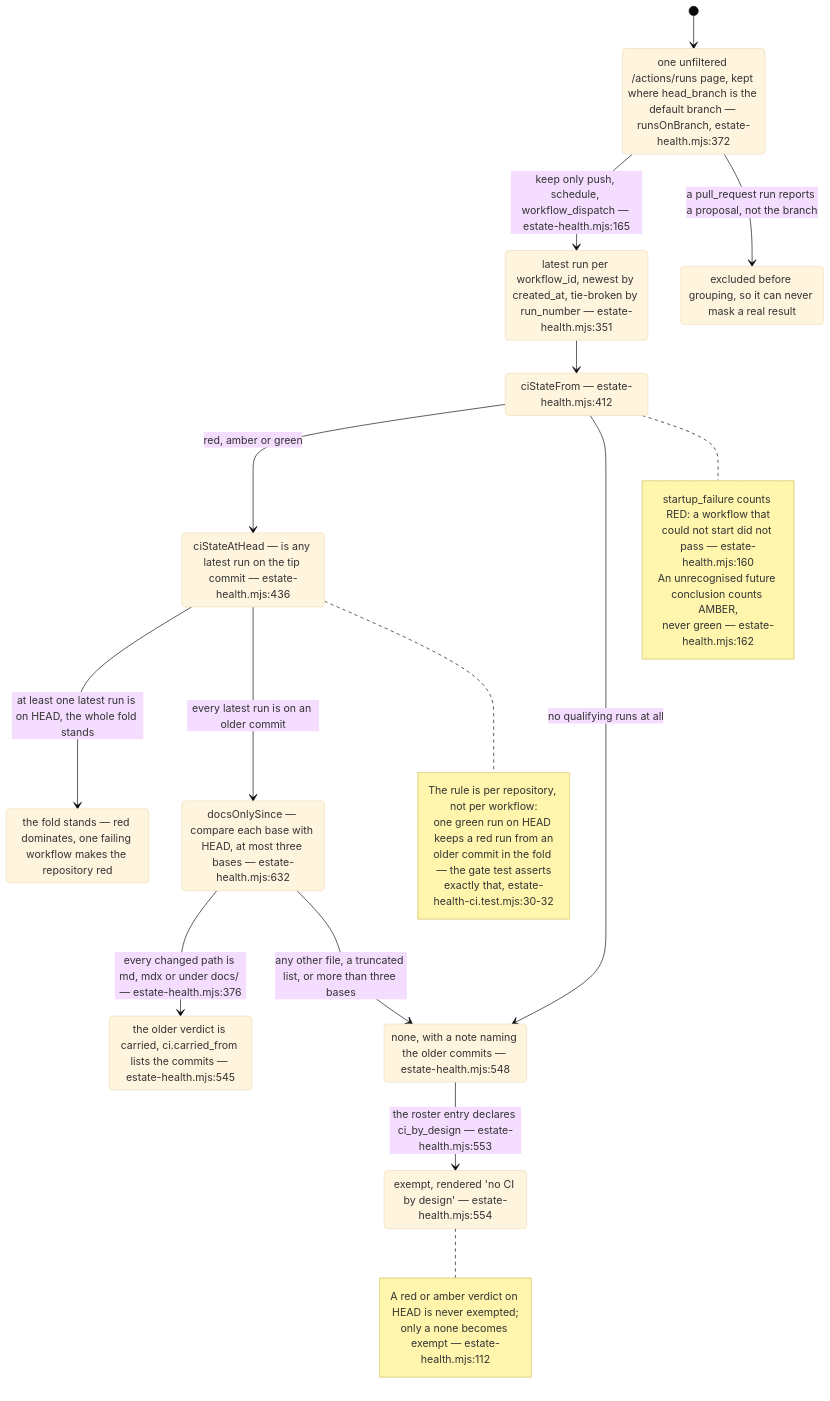
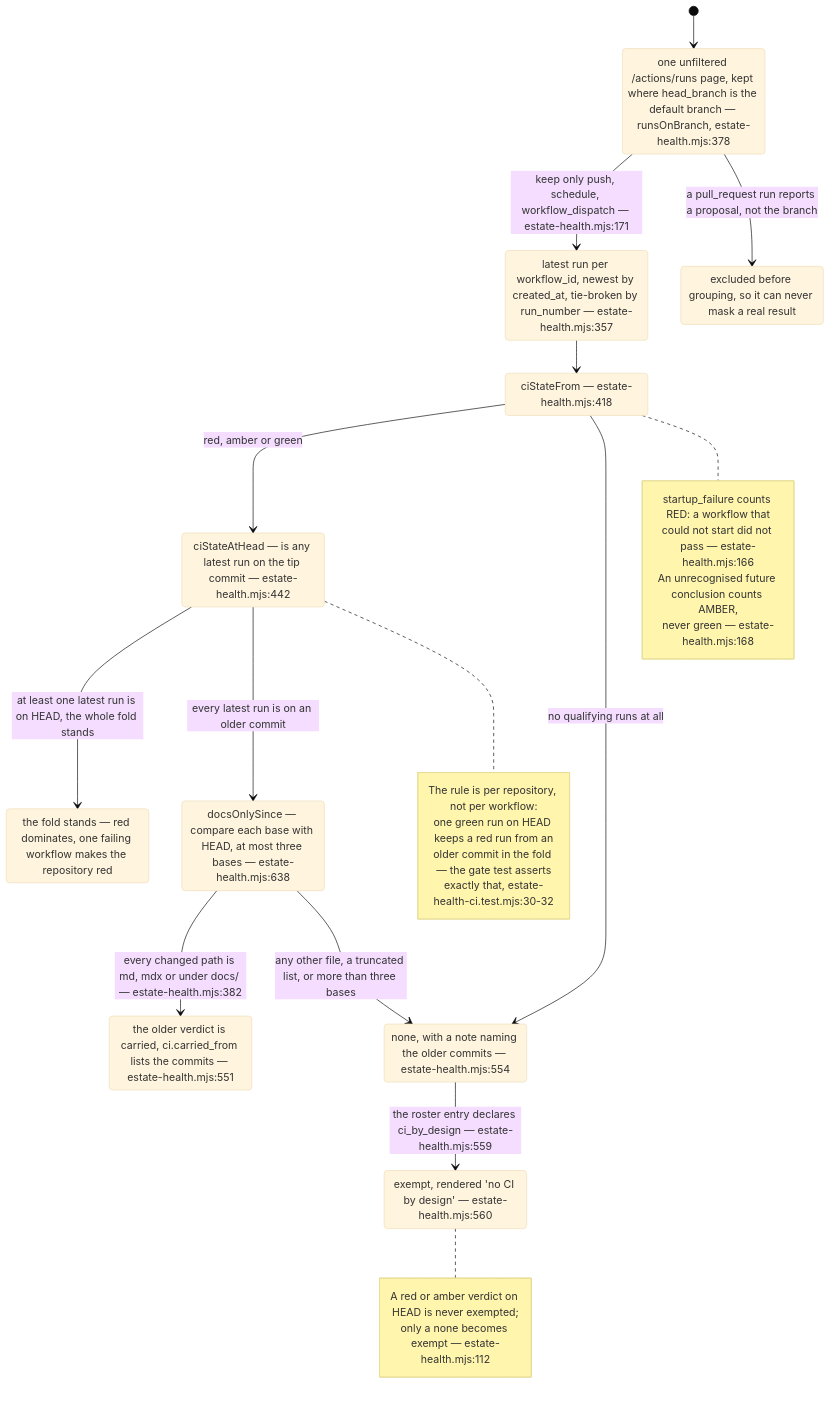
The fourth of 9 diagrams in docs/diagrams/visionflow/03-estate-health.md (DreamLab-AI/VisionFlow), drawn with Mermaid (base theme) before and after one commit. The commit also changed other lines of this file and 160 other files, not shown here.

````diff
--- a/docs/diagrams/visionflow/03-estate-health.md
+++ b/docs/diagrams/visionflow/03-estate-health.md
@@ -122,41 +123,41 @@
 ```mermaid
 stateDiagram-v2
     direction TB
     [*] --> Filter
-    state "one unfiltered /actions/runs page, kept where head_branch is the default branch — runsOnBranch, estate-health.mjs:372" as Filter
-    Filter --> Group : keep only push, schedule, workflow_dispatch — estate-health.mjs:165
+    state "one unfiltered /actions/runs page, kept where head_branch is the default branch — runsOnBranch, estate-health.mjs:378" as Filter
+    Filter --> Group : keep only push, schedule, workflow_dispatch — estate-health.mjs:171
     Filter --> Dropped : a pull_request run reports a proposal, not the branch
-    state "latest run per workflow_id, newest by created_at, tie-broken by run_number — estate-health.mjs:351" as Group
+    state "latest run per workflow_id, newest by created_at, tie-broken by run_number — estate-health.mjs:357" as Group
     Group --> Fold
-    state "ciStateFrom — estate-health.mjs:412" as Fold
+    state "ciStateFrom — estate-health.mjs:418" as Fold
     Fold --> AtHead : red, amber or green
     Fold --> NoneState : no qualifying runs at all
-    state "ciStateAtHead — is any latest run on the tip commit — estate-health.mjs:436" as AtHead
+    state "ciStateAtHead — is any latest run on the tip commit — estate-health.mjs:442" as AtHead
     AtHead --> Kept : at least one latest run is on HEAD, the whole fold stands
     AtHead --> Older : every latest run is on an older commit
-    state "docsOnlySince — compare each base with HEAD, at most three bases — estate-health.mjs:632" as Older
-    Older --> Carried : every changed path is md, mdx or under docs/ — estate-health.mjs:376
+    state "docsOnlySince — compare each base with HEAD, at most three bases — estate-health.mjs:638" as Older
+    Older --> Carried : every changed path is md, mdx or under docs/ — estate-health.mjs:382
     Older --> NoneState : any other file, a truncated list, or more than three bases
     state "the fold stands — red dominates, one failing workflow makes the repository red" as Kept
-    state "the older verdict is carried, ci.carried_from lists the commits — estate-health.mjs:545" as Carried
-    state "none, with a note naming the older commits — estate-health.mjs:548" as NoneState
-    NoneState --> Exempt : the roster entry declares ci_by_design — estate-health.mjs:553
-    state "exempt, rendered 'no CI by design' — estate-health.mjs:554" as Exempt
+    state "the older verdict is carried, ci.carried_from lists the commits — estate-health.mjs:551" as Carried
+    state "none, with a note naming the older commits — estate-health.mjs:554" as NoneState
+    NoneState --> Exempt : the roster entry declares ci_by_design — estate-health.mjs:559
+    state "exempt, rendered 'no CI by design' — estate-health.mjs:560" as Exempt
     state "excluded before grouping, so it can never mask a real result" as Dropped
     note right of Fold
       startup_failure counts RED: a workflow that
-      could not start did not pass — estate-health.mjs:160
+      could not start did not pass — estate-health.mjs:166
       An unrecognised future conclusion counts AMBER,
-      never green — estate-health.mjs:162
+      never green — estate-health.mjs:168
     end note
     note right of AtHead
       The rule is per repository, not per workflow:
       one green run on HEAD keeps a red run from an
       older commit in the fold — the gate test asserts
       exactly that, estate-health-ci.test.mjs:30-32
     end note
     note right of Exempt
       A red or amber verdict on HEAD is never exempted;
       only a none becomes exempt — estate-health.mjs:112
     end note
 ```
````
